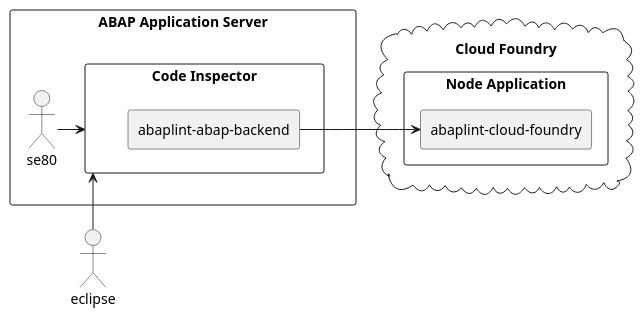
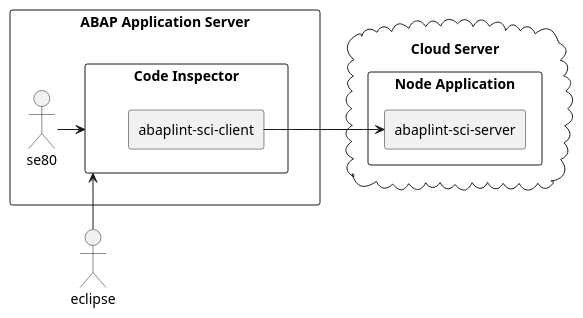
Before and after one commit to abaplint/abaplint-sci-server: the diagram in docs/components.iuml, drawn with PlantUML. The commit also changed 11 other files, not shown here.

```diff
--- a/docs/components.iuml
+++ b/docs/components.iuml
@@ -1,23 +1,23 @@
 @startuml components
 skinparam monochrome true
 
-cloud "Cloud Foundry" as cf {
+cloud "Cloud Server" as cf {
   rectangle "Node Application" {
-    rectangle "abaplint-cloud-foundry" as acf
+    rectangle "abaplint-sci-server" as acf
   }
 }
 
 rectangle "ABAP Application Server" as SAP {
   rectangle "Code Inspector" as SCI {
-    rectangle "abaplint-abap-backend" as aab
+    rectangle "abaplint-sci-client" as aab
   }
   actor se80
   se80 -> SCI
 }
 
 actor eclipse
 eclipse -up-> SCI
 
 aab -> acf
 
 @enduml
```
